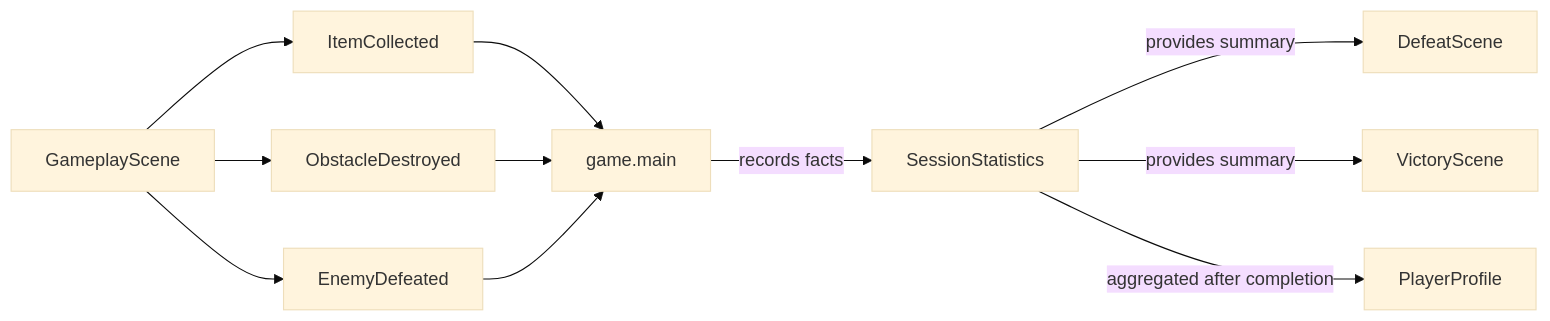
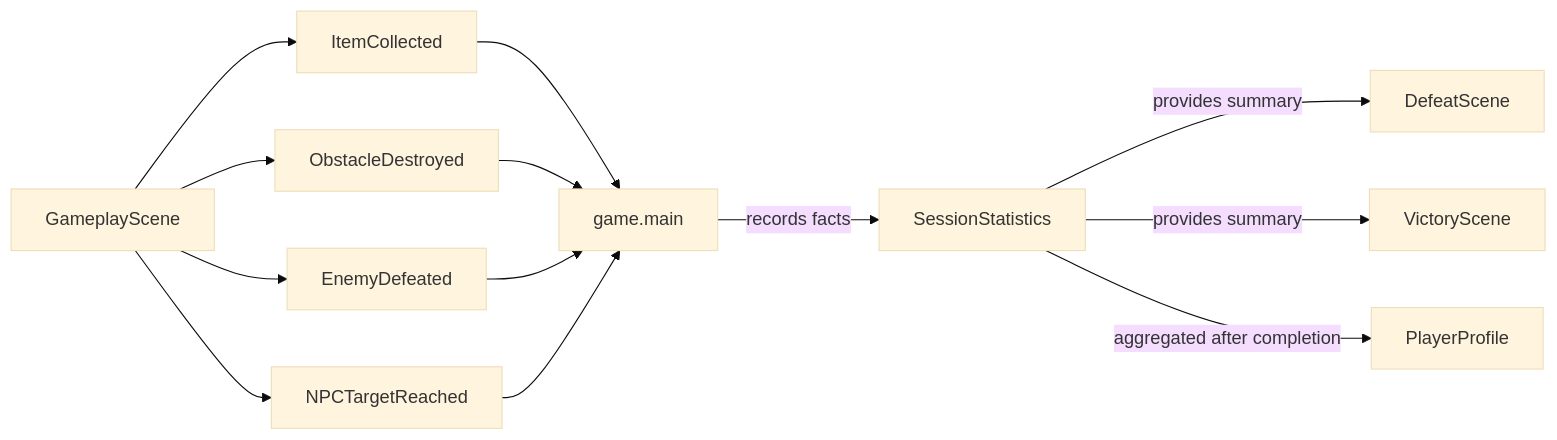
Before and after one commit to VincentMardon/my_first_adventure_game: the diagram in docs/architecture/statistics.md, drawn with Mermaid (base theme). The commit also changed other lines of this file and 21 other files, not shown here.

````diff
--- a/docs/architecture/statistics.md
+++ b/docs/architecture/statistics.md
@@ -47,23 +48,26 @@
 ```mermaid
 flowchart LR
     GameplayScene["GameplayScene"]
     ItemCollected["ItemCollected"]
     ObstacleDestroyed["ObstacleDestroyed"]
     EnemyDefeated["EnemyDefeated"]
+    NPCTargetReached["NPCTargetReached"]
     GameMain["game.main"]
     SessionStatistics["SessionStatistics"]
     DefeatScene["DefeatScene"]
     VictoryScene["VictoryScene"]
     PlayerProfile["PlayerProfile"]
 
     GameplayScene --> ItemCollected
     GameplayScene --> ObstacleDestroyed
     GameplayScene --> EnemyDefeated
+    GameplayScene --> NPCTargetReached
     ItemCollected --> GameMain
     ObstacleDestroyed --> GameMain
     EnemyDefeated --> GameMain
+    NPCTargetReached --> GameMain
     GameMain -->|"records facts"| SessionStatistics
     SessionStatistics -->|"provides summary"| DefeatScene
     SessionStatistics -->|"provides summary"| VictoryScene
     SessionStatistics -->|"aggregated after completion"| PlayerProfile
 ```
````
